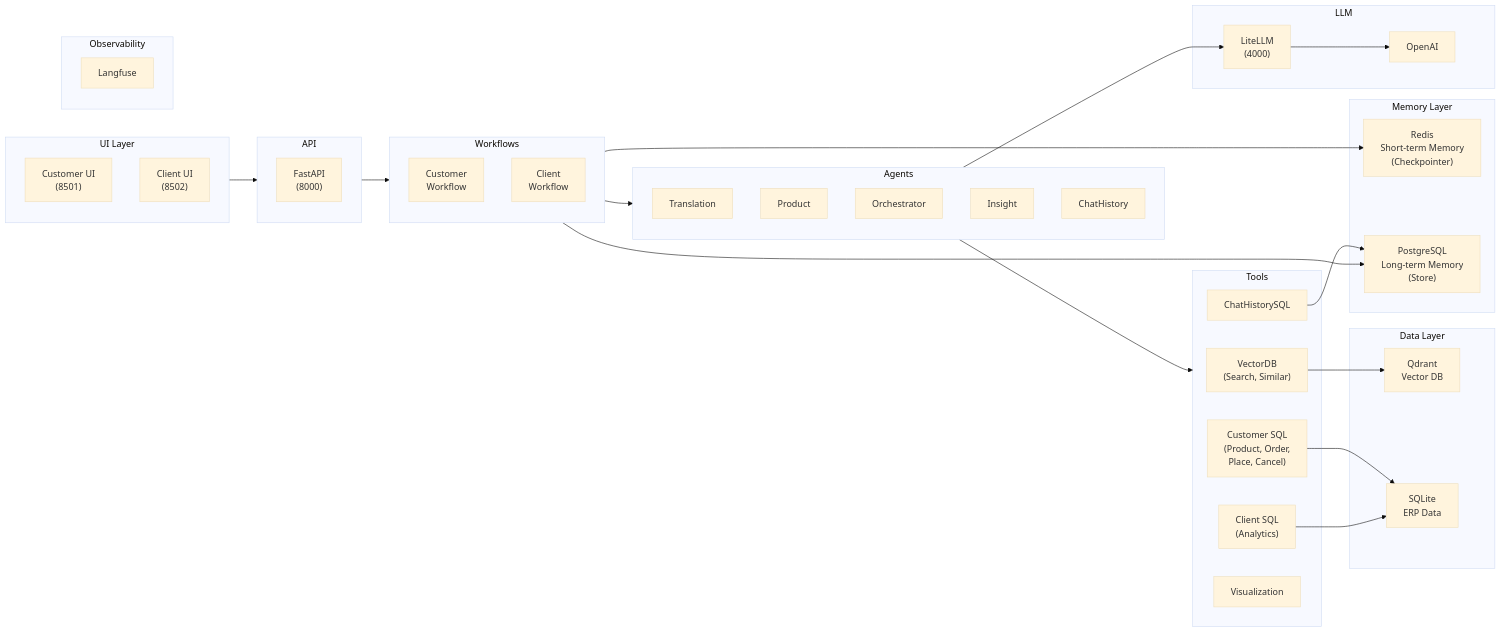
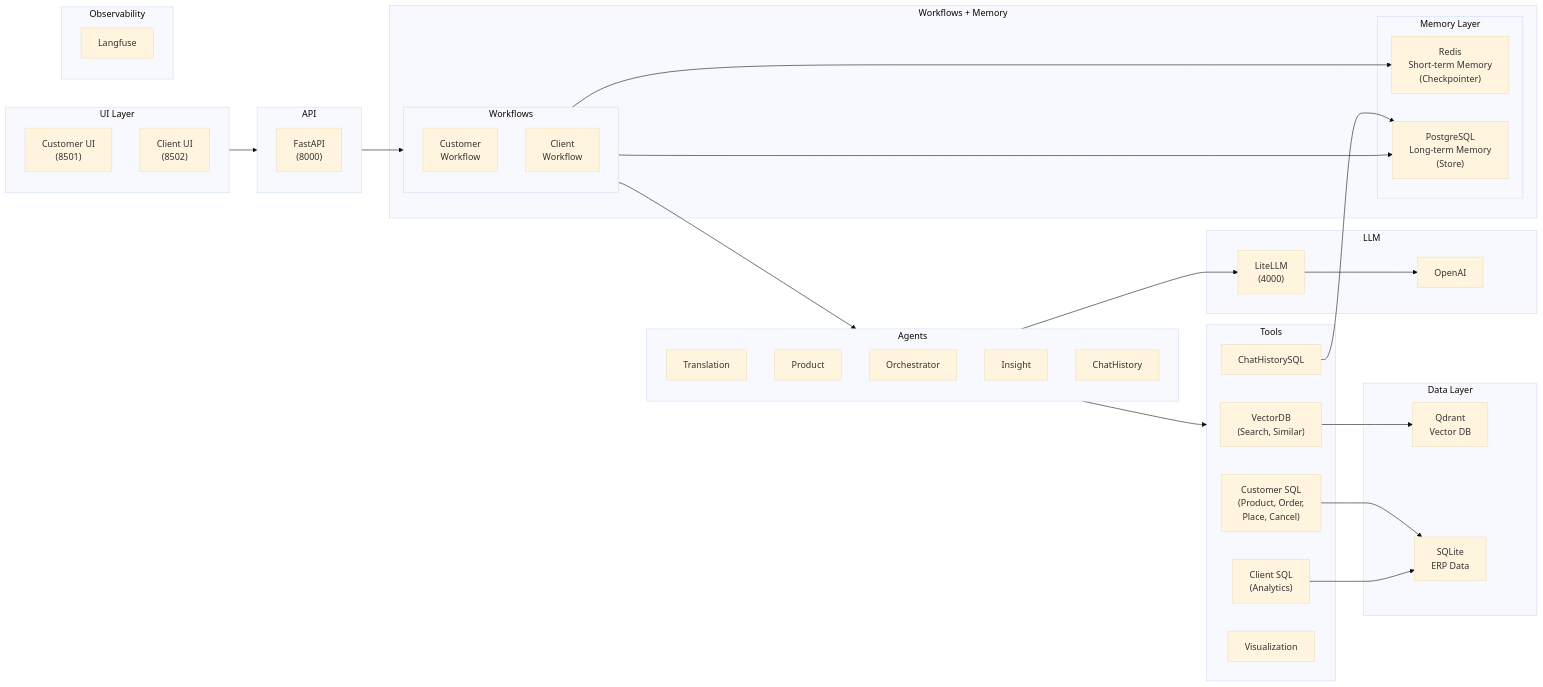
Before and after one commit to mhokchuekchuek/mtl_agent: the diagram in docs/assets/diagrams/misc/README_1.mmd, drawn with Mermaid (base theme). The commit also changed 3 other files, not shown here.

Commit message:
docs: update architecture diagram and cleanup

```diff
--- a/docs/assets/diagrams/misc/README_1.mmd
+++ b/docs/assets/diagrams/misc/README_1.mmd
@@ -1,58 +1,59 @@
 flowchart LR
     subgraph UI["UI Layer"]
         CustomerUI["Customer UI<br/>(8501)"]
         ClientUI["Client UI<br/>(8502)"]
     end
 
     subgraph API["API"]
         FastAPI["FastAPI<br/>(8000)"]
     end
 
-    subgraph Workflows["Workflows"]
-        CustomerWF["Customer<br/>Workflow"]
-        ClientWF["Client<br/>Workflow"]
+    subgraph WF_Memory["Workflows + Memory"]
+        subgraph Workflows["Workflows"]
+            CustomerWF["Customer<br/>Workflow"]
+            ClientWF["Client<br/>Workflow"]
+        end
+        subgraph Memory["Memory Layer"]
+            Redis["Redis<br/>Short-term Memory<br/>(Checkpointer)"]
+            Postgres["PostgreSQL<br/>Long-term Memory<br/>(Store)"]
+        end
     end
 
     subgraph Agents["Agents"]
         Translation["Translation"]
         Product["Product"]
         Orchestrator["Orchestrator"]
         Insight["Insight"]
         ChatHistoryAgent["ChatHistory"]
     end
 
     subgraph Tools["Tools"]
         VectorTools["VectorDB<br/>(Search, Similar)"]
         CustomerSQL["Customer SQL<br/>(Product, Order,<br/>Place, Cancel)"]
         ClientSQL["Client SQL<br/>(Analytics)"]
         ChatHistorySQL["ChatHistorySQL"]
         Viz["Visualization"]
     end
 
     subgraph LLM["LLM"]
         LiteLLM["LiteLLM<br/>(4000)"]
         OpenAI["OpenAI"]
     end
 
     subgraph Data["Data Layer"]
         Qdrant["Qdrant<br/>Vector DB"]
         SQLite["SQLite<br/>ERP Data"]
     end
 
-    subgraph Memory["Memory Layer"]
-        Redis["Redis<br/>Short-term Memory<br/>(Checkpointer)"]
-        Postgres["PostgreSQL<br/>Long-term Memory<br/>(Store)"]
-    end
-
     subgraph Obs["Observability"]
         Langfuse["Langfuse"]
     end
 
     UI --> API --> Workflows --> Agents --> Tools
     Agents --> LiteLLM --> OpenAI
     VectorTools --> Qdrant
     CustomerSQL --> SQLite
     ClientSQL --> SQLite
     Workflows --> Redis
     Workflows --> Postgres
     ChatHistorySQL --> Postgres
```
